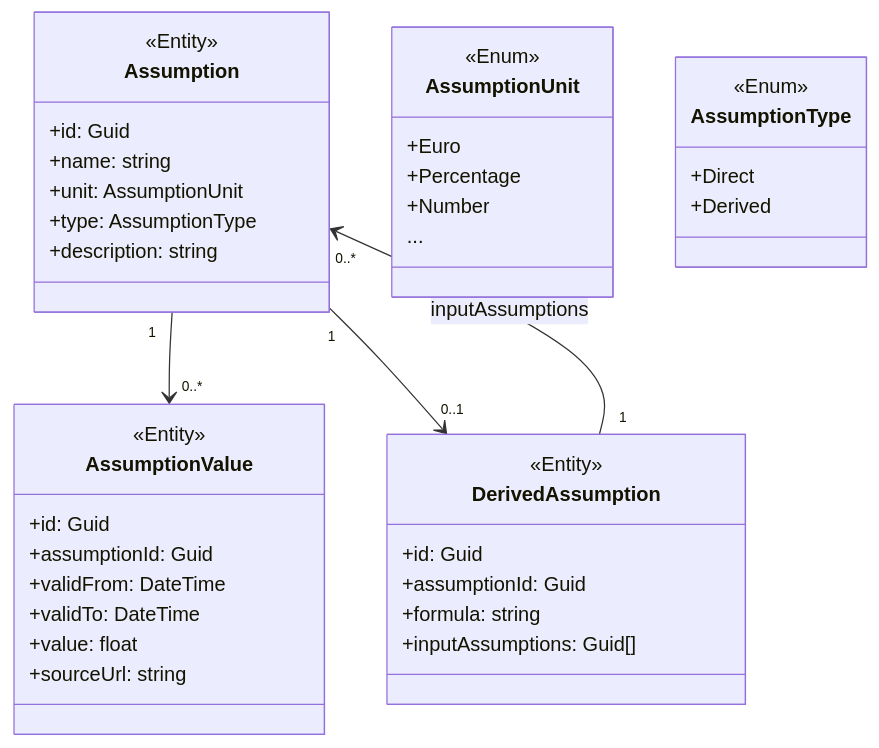
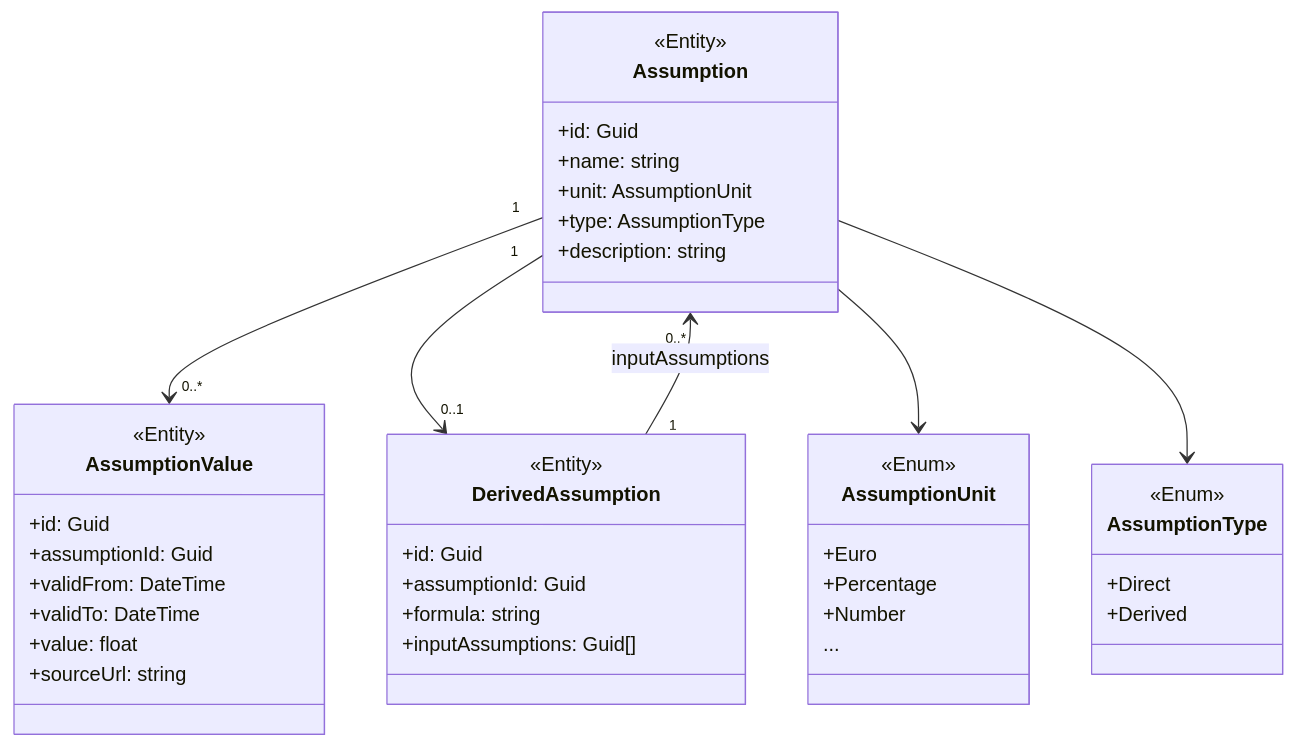
The diagram in docs/backend/gedankenexperiment.md (MoritzLue24/Broke-Manager), drawn with Mermaid before and after one commit.

Commit message:
fix in diagram connections

````diff
--- a/docs/backend/gedankenexperiment.md
+++ b/docs/backend/gedankenexperiment.md
@@ -27,47 +27,50 @@
 ```mermaid
 classDiagram
     class Assumption {
         <<Entity>>
         +id: Guid
         +name: string
         +unit: AssumptionUnit
         +type: AssumptionType
         +description: string
     }
 
     class AssumptionValue {
         <<Entity>>
         +id: Guid
         +assumptionId: Guid
         +validFrom: DateTime
         +validTo: DateTime
         +value: float
         +sourceUrl: string
     }
 
     class DerivedAssumption {
         <<Entity>>
         +id: Guid
         +assumptionId: Guid
         +formula: string
         +inputAssumptions: Guid[]
     }
 
     class AssumptionUnit {
         <<Enum>>
         +Euro
         +Percentage
         +Number
         ...
     }
 
     class AssumptionType {
         <<Enum>>
         +Direct
         +Derived
     }
 
     Assumption "1" --> "0..*" AssumptionValue
     Assumption "1" --> "0..1" DerivedAssumption
     DerivedAssumption "1" --> "0..*" Assumption : inputAssumptions
+
+    Assumption --> AssumptionUnit
+    Assumption --> AssumptionType
 ```
````
